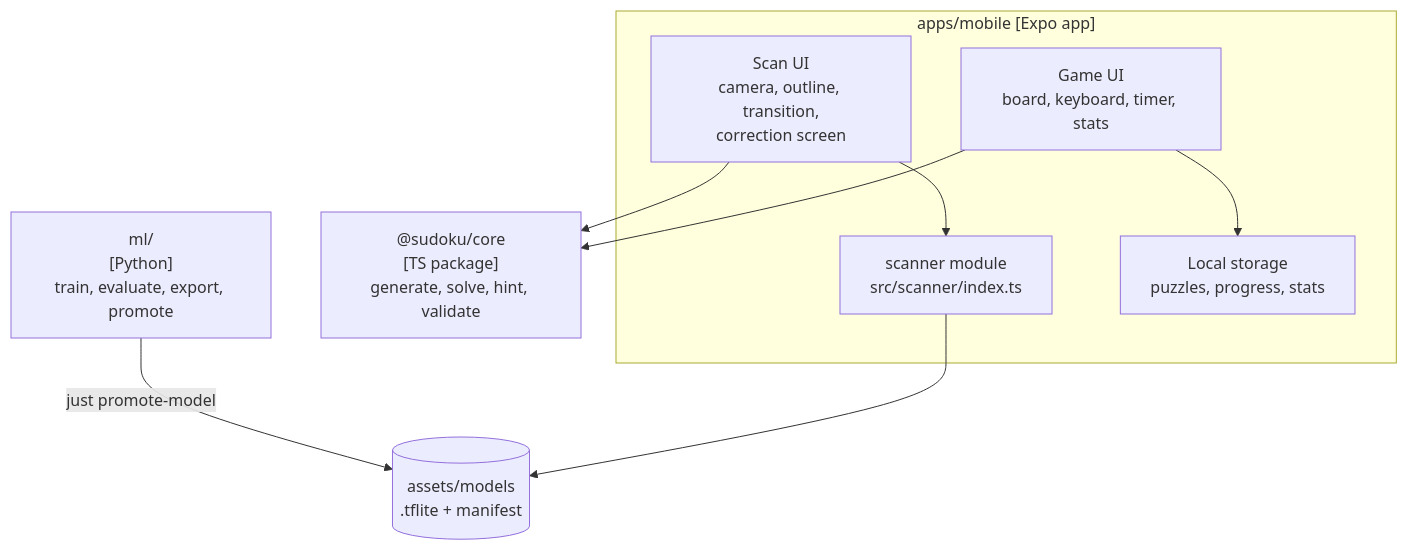
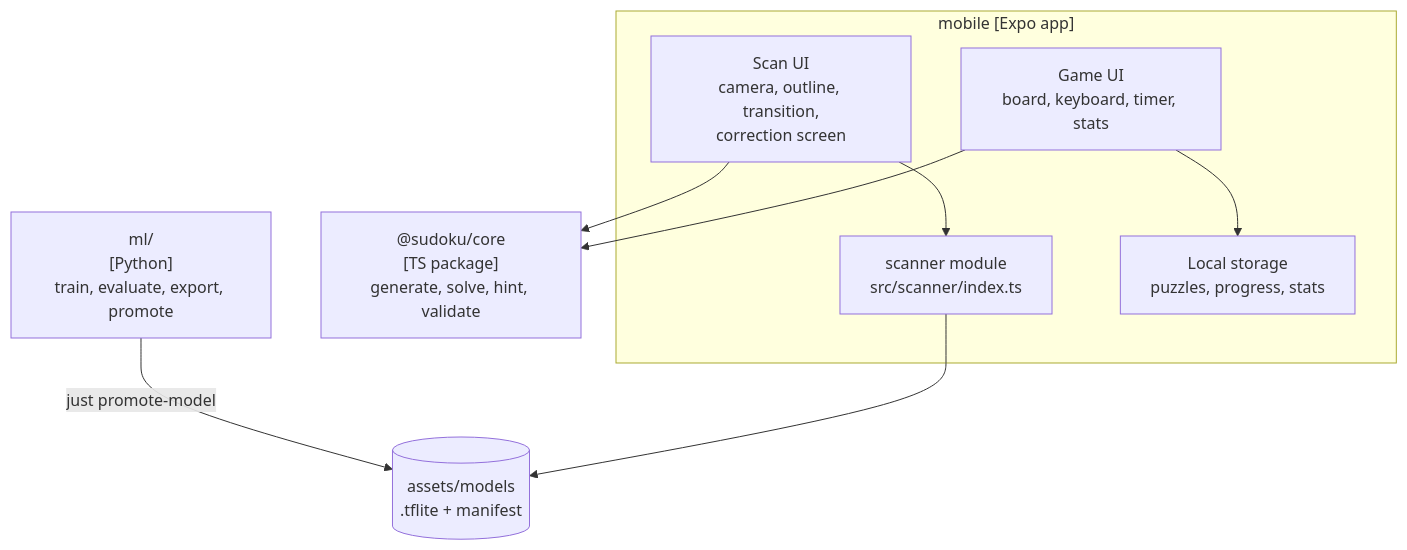
Before and after one commit to vandemaelefelix/sudoku: the diagram in docs/architecture/05-building-block-view.md, drawn with Mermaid. The commit also changed other lines of this file and 787 other files, not shown here.

Commit message:
chore(repo): move apps/mobile to mobile (#135)

````diff
--- a/docs/architecture/05-building-block-view.md
+++ b/docs/architecture/05-building-block-view.md
@@ -52,19 +52,19 @@
 ```mermaid
 flowchart TB
-    subgraph app["apps/mobile [Expo app]"]
+    subgraph app["mobile [Expo app]"]
         ui["Game UI<br>board, keyboard, timer, stats"]
         scanui["Scan UI<br>camera, outline, transition,<br>correction screen"]
         scanner["scanner module<br>src/scanner/index.ts"]
         store["Local storage<br>puzzles, progress, stats"]
     end
     core["@sudoku/core<br>[TS package]<br>generate, solve, hint, validate"]
     models[("assets/models<br>.tflite + manifest")]
     ml["ml/<br>[Python]<br>train, evaluate, export, promote"]
 
     ui --> core
     scanui --> scanner
     scanui --> core
     ui --> store
     scanner --> models
     ml -->|just promote-model| models
 ```
````
